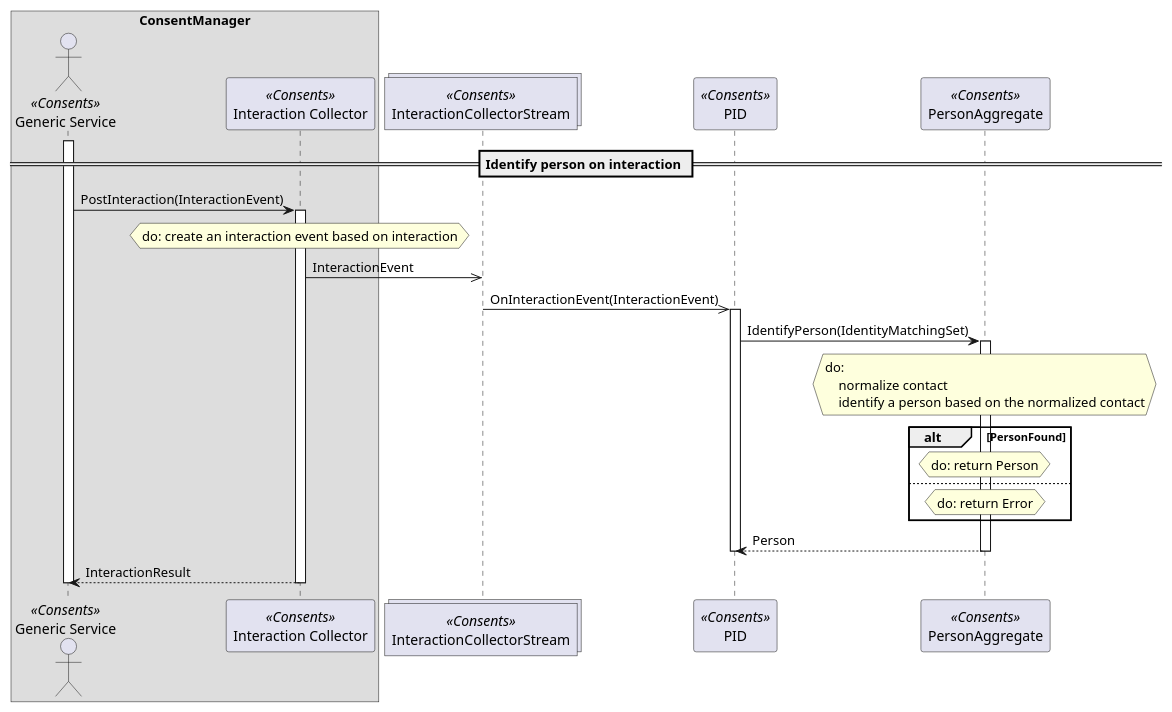
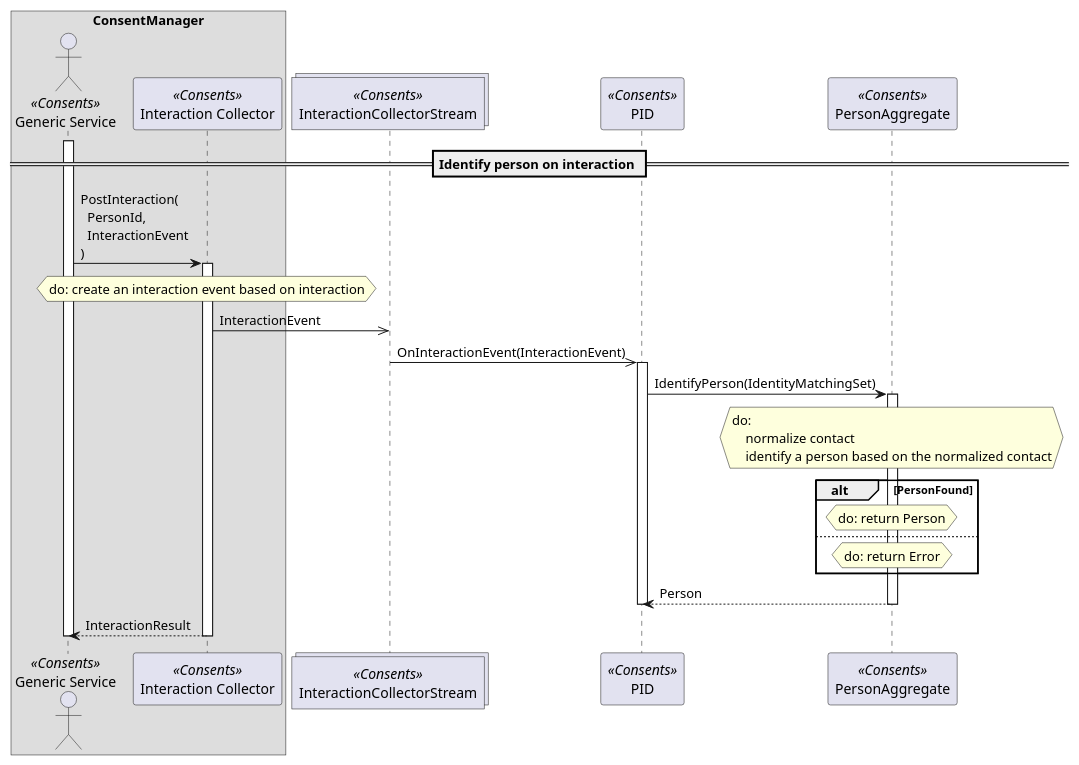
The diagram in example/result.puml (TypedUseCase/tuc-console), drawn with PlantUML before and after one commit. The commit also changed 20 other files, not shown here.

```diff
--- a/example/result.puml
+++ b/example/result.puml
@@ -1,42 +1,42 @@
 @startuml definition
 
 == Identify person on interaction ==
 
 box "ConsentManager"
     actor "Generic Service" as GenericService <<Consents>>
     participant "Interaction Collector" as InteractionCollector <<Consents>>
 end box
 collections "InteractionCollectorStream" as InteractionCollectorStream <<Consents>>
 participant "PID" as PersonIdentificationEngine <<Consents>>
 participant "PersonAggregate" as PersonAggregate <<Consents>>
 
 activate GenericService
-GenericService -> InteractionCollector ++: PostInteraction(InteractionEvent)
+GenericService -> InteractionCollector ++: PostInteraction(\n  PersonId, \n  InteractionEvent\n)
     hnote over InteractionCollector
     do: create an interaction event based on interaction
     end hnote
     InteractionCollector ->> InteractionCollectorStream: InteractionEvent
     InteractionCollectorStream ->> PersonIdentificationEngine: OnInteractionEvent(InteractionEvent)
         activate PersonIdentificationEngine
         PersonIdentificationEngine -> PersonAggregate ++: IdentifyPerson(IdentityMatchingSet)
             hnote over PersonAggregate
             do:
                 normalize contact
                 identify a person based on the normalized contact
             end hnote
             alt PersonFound
                 hnote over PersonAggregate
                 do: return Person
                 end hnote
             else
                 hnote over PersonAggregate
                 do: return Error
                 end hnote
             end
         PersonAggregate --> PersonIdentificationEngine --: Person
         deactivate PersonIdentificationEngine
 InteractionCollector --> GenericService --: InteractionResult
 
 deactivate GenericService
 
 @enduml
```
